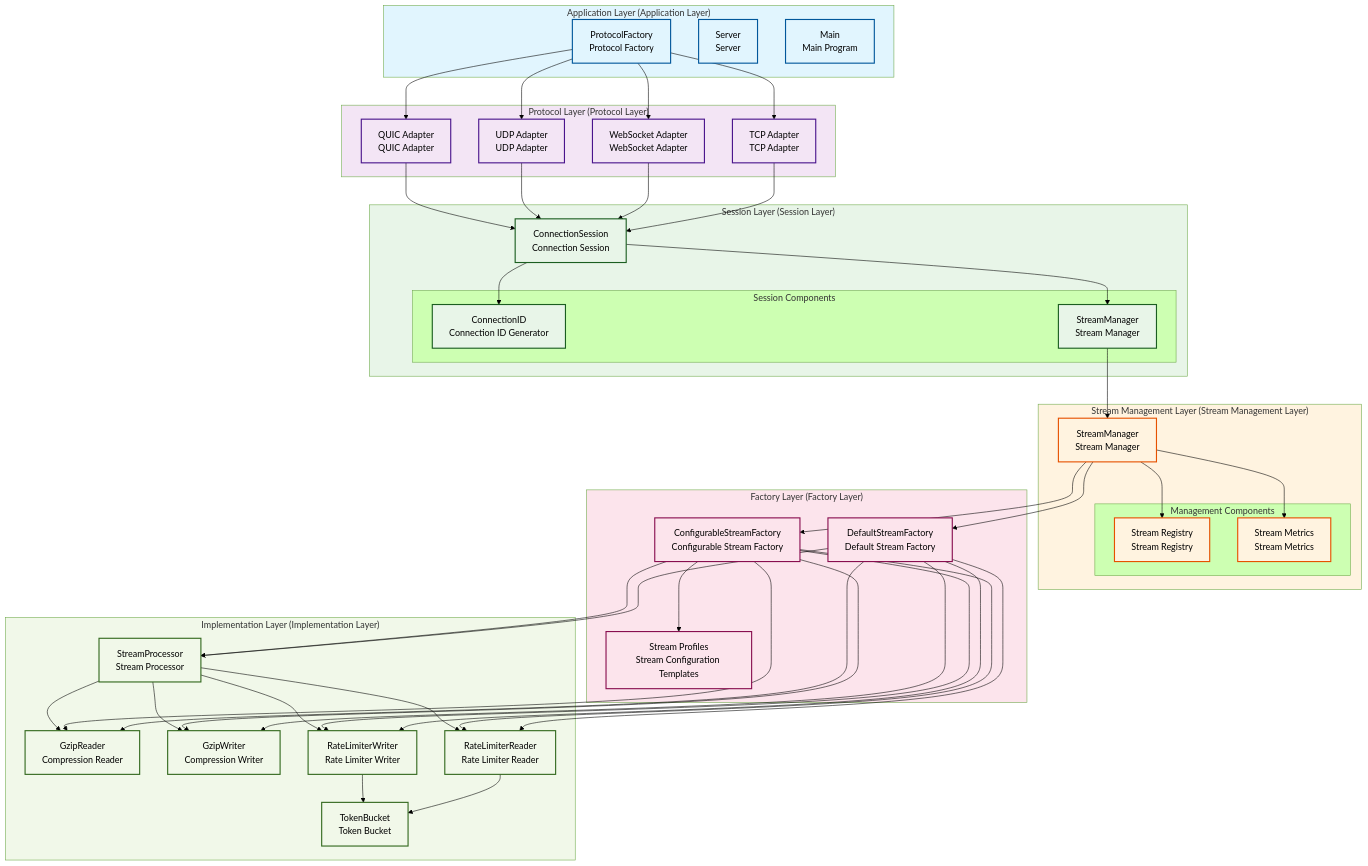
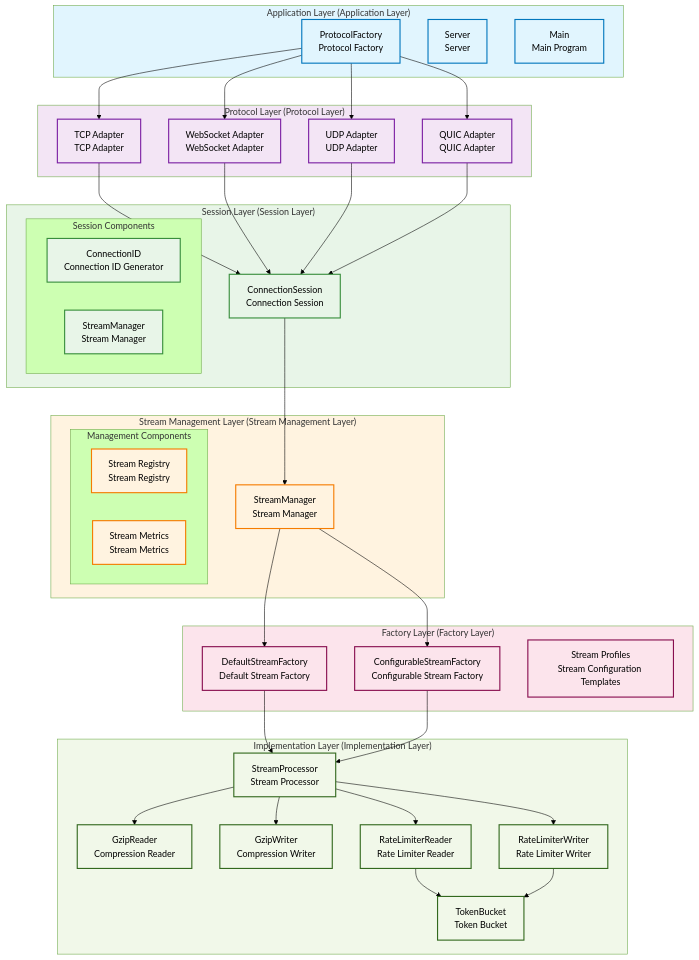
One commit to tunnox-net/tunnox-core changed the second of 2 diagrams in README_EN.md. Above: the diagram before and after it, drawn with Mermaid (forest theme). The commit also changed other lines of this file and 1 other file, not shown here.

```diff
--- a/README_EN.md
+++ b/README_EN.md
@@ -300,49 +302,28 @@
     UA --> CS
     QA --> CS
 
-    %% Session layer internal
-    CS --> CID
-    CS --> SM
-
     %% Session layer to stream management layer
-    SM --> STM
-
-    %% Stream management layer internal
-    STM --> SR
-    STM --> SMF
+    CS --> STM
 
     %% Stream management layer to factory layer
     STM --> DSF
     STM --> CSF
 
-    %% Factory layer internal
-    CSF --> SP
-
     %% Factory layer to implementation layer
     DSF --> SPROC
-    DSF --> GZR
-    DSF --> GZW
-    DSF --> RLR
-    DSF --> RLW
     CSF --> SPROC
-    CSF --> GZR
-    CSF --> GZW
-    CSF --> RLR
-    CSF --> RLW
-
-    %% Implementation layer internal dependencies
-    RLR --> TB
-    RLW --> TB
     SPROC --> GZR
     SPROC --> GZW
     SPROC --> RLR
     SPROC --> RLW
+    RLR --> TB
+    RLW --> TB
 
     %% Style definitions
-    classDef applicationLayer fill:#e1f5fe,stroke:#01579b,stroke-width:2px
-    classDef protocolLayer fill:#f3e5f5,stroke:#4a148c,stroke-width:2px
-    classDef sessionLayer fill:#e8f5e8,stroke:#1b5e20,stroke-width:2px
-    classDef streamManagementLayer fill:#fff3e0,stroke:#e65100,stroke-width:2px
+    classDef applicationLayer fill:#e1f5fe,stroke:#0277bd,stroke-width:2px
+    classDef protocolLayer fill:#f3e5f5,stroke:#7b1fa2,stroke-width:2px
+    classDef sessionLayer fill:#e8f5e8,stroke:#388e3c,stroke-width:2px
+    classDef streamManagementLayer fill:#fff3e0,stroke:#f57c00,stroke-width:2px
     classDef factoryLayer fill:#fce4ec,stroke:#880e4f,stroke-width:2px
     classDef implementationLayer fill:#f1f8e9,stroke:#33691e,stroke-width:2px
 
```
